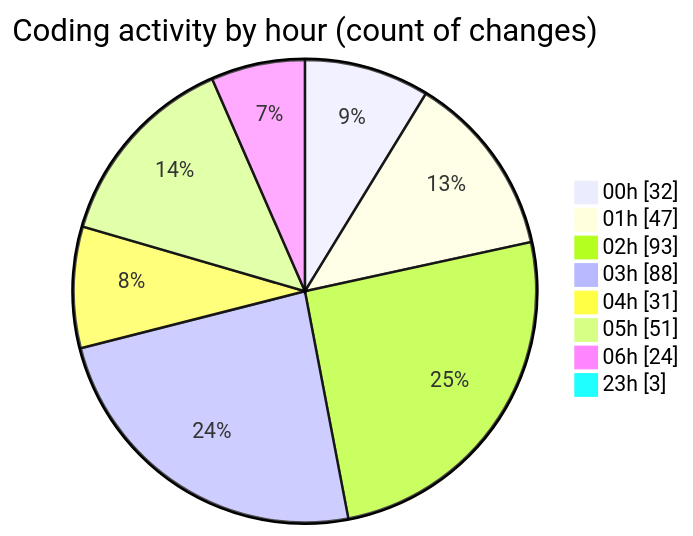
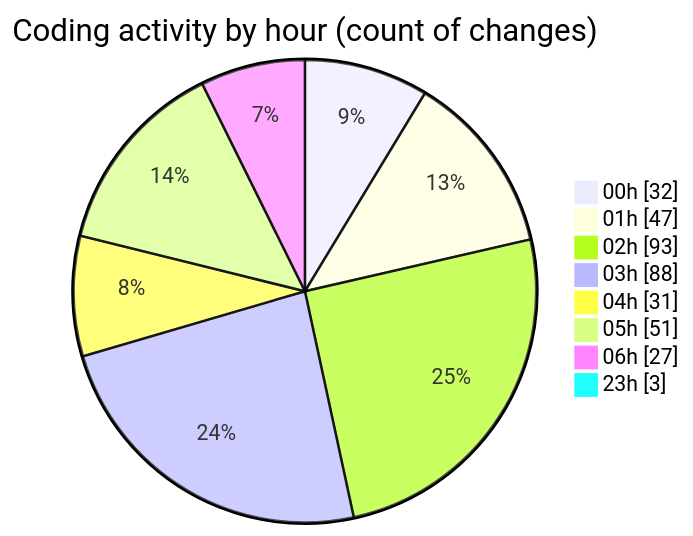
The second of 2 diagrams in 2025-07-28/quanlyrapchieuphim-1/README.md (lephambinh05/code-tracking), drawn with Mermaid before and after one commit. The commit also changed other lines of this file and 1 other file, not shown here.

````diff
--- a/2025-07-28/quanlyrapchieuphim-1/README.md
+++ b/2025-07-28/quanlyrapchieuphim-1/README.md
@@ -84,12 +84,12 @@
 ```mermaid
 pie showData
 title Coding activity by hour (count of changes)
 "00h" : 32
 "01h" : 47
 "02h" : 93
 "03h" : 88
 "04h" : 31
 "05h" : 51
-"06h" : 24
+"06h" : 27
 "23h" : 3
 ```
````
